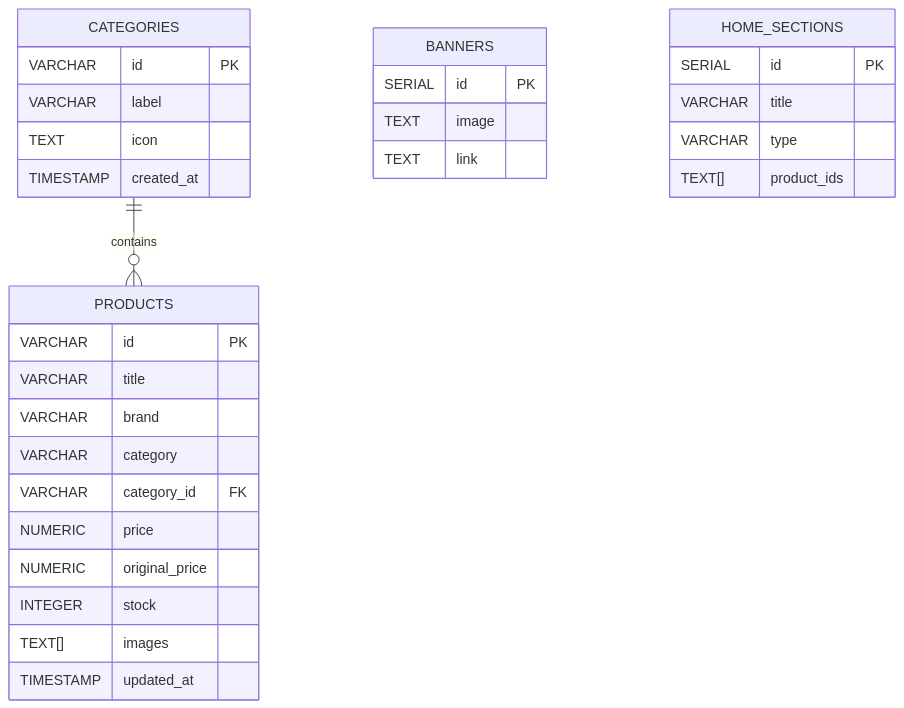
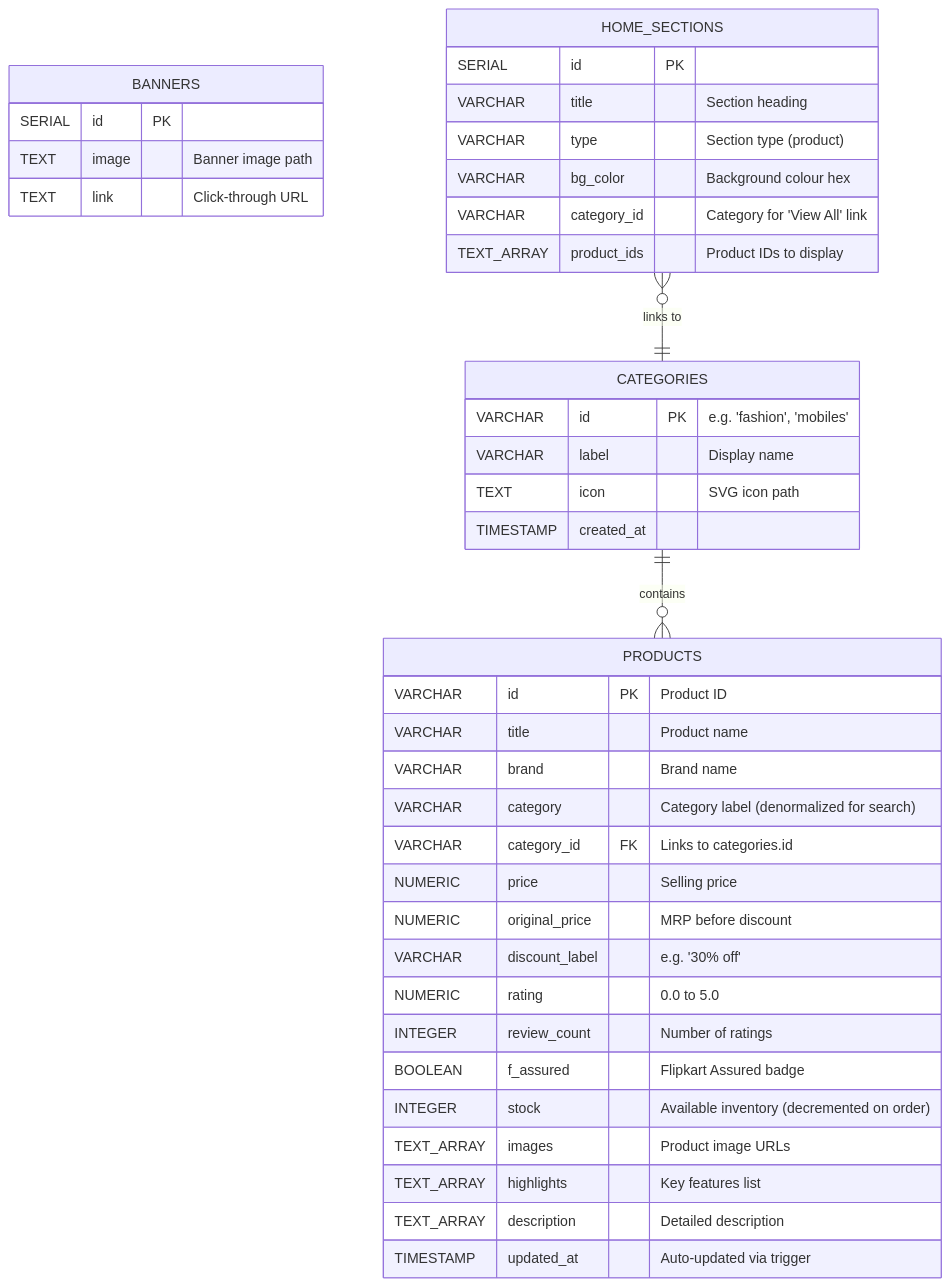
Before and after one commit to JeevanVankadara/Scaler: the diagram in README.md, drawn with Mermaid. The commit also changed other lines of this file, not shown here.

````diff
--- a/README.md
+++ b/README.md
@@ -42,37 +280,46 @@
 ```mermaid
 erDiagram
     CATEGORIES {
-        VARCHAR id PK
-        VARCHAR label
-        TEXT icon
+        VARCHAR id PK "e.g. 'fashion', 'mobiles'"
+        VARCHAR label "Display name"
+        TEXT icon "SVG icon path"
         TIMESTAMP created_at
     }
 
     PRODUCTS {
-        VARCHAR id PK
-        VARCHAR title
-        VARCHAR brand
-        VARCHAR category
-        VARCHAR category_id FK
-        NUMERIC price
-        NUMERIC original_price
-        INTEGER stock
-        TEXT[] images
-        TIMESTAMP updated_at
+        VARCHAR id PK "Product ID"
+        VARCHAR title "Product name"
+        VARCHAR brand "Brand name"
+        VARCHAR category "Category label (denormalized for search)"
+        VARCHAR category_id FK "Links to categories.id"
+        NUMERIC price "Selling price"
+        NUMERIC original_price "MRP before discount"
+        VARCHAR discount_label "e.g. '30% off'"
+        NUMERIC rating "0.0 to 5.0"
+        INTEGER review_count "Number of ratings"
+        BOOLEAN f_assured "Flipkart Assured badge"
+        INTEGER stock "Available inventory (decremented on order)"
+        TEXT_ARRAY images "Product image URLs"
+        TEXT_ARRAY highlights "Key features list"
+        TEXT_ARRAY description "Detailed description"
+        TIMESTAMP updated_at "Auto-updated via trigger"
     }
 
     BANNERS {
         SERIAL id PK
-        TEXT image
-        TEXT link
+        TEXT image "Banner image path"
+        TEXT link "Click-through URL"
     }
 
     HOME_SECTIONS {
         SERIAL id PK
-        VARCHAR title
-        VARCHAR type
-        TEXT[] product_ids
+        VARCHAR title "Section heading"
+        VARCHAR type "Section type (product)"
+        VARCHAR bg_color "Background colour hex"
+        VARCHAR category_id "Category for 'View All' link"
+        TEXT_ARRAY product_ids "Product IDs to display"
     }
 
     CATEGORIES ||--o{ PRODUCTS : "contains"
+    HOME_SECTIONS }o--|| CATEGORIES : "links to"
 ```
````
